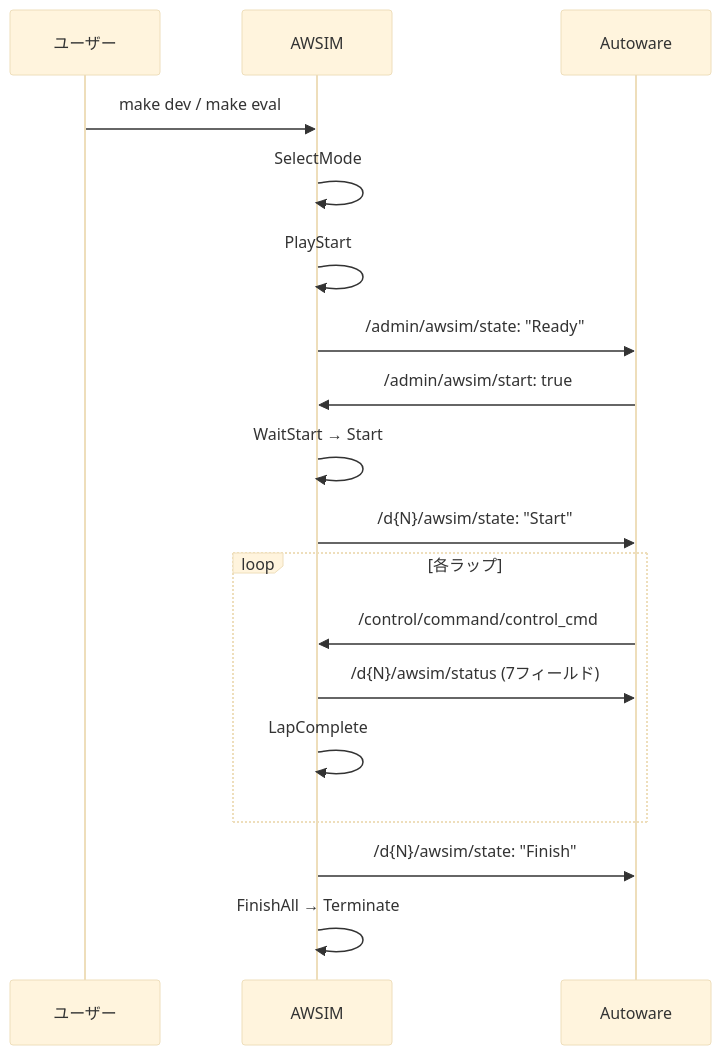
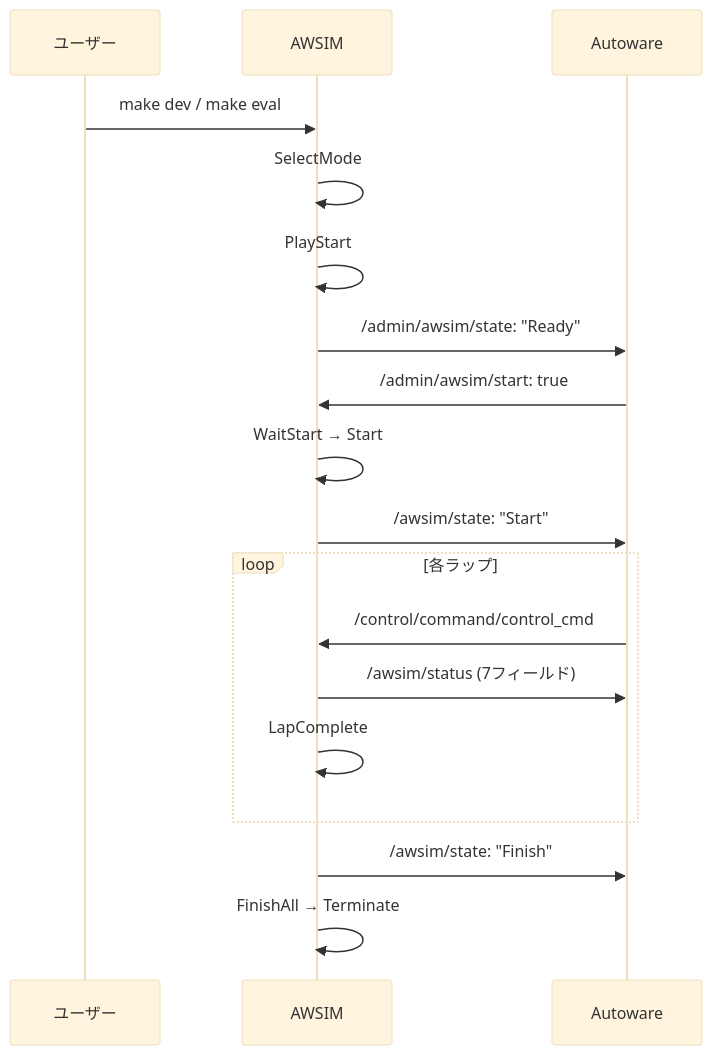
Before and after one commit to AutomotiveAIChallenge/aichallenge-documentation-racingkart: the diagram in docs/specifications/simulator.ja.md, drawn with Mermaid (base theme). The commit also changed other lines of this file and 3 other files, not shown here.

````diff
--- a/docs/specifications/simulator.ja.md
+++ b/docs/specifications/simulator.ja.md
@@ -297,23 +320,23 @@
 ```mermaid
 sequenceDiagram
     participant User as ユーザー
     participant AWSIM as AWSIM
     participant Autoware as Autoware
 
     User->>AWSIM: make dev / make eval
     AWSIM->>AWSIM: SelectMode
     AWSIM->>AWSIM: PlayStart
     AWSIM->>Autoware: /admin/awsim/state: "Ready"
     Autoware->>AWSIM: /admin/awsim/start: true
     AWSIM->>AWSIM: WaitStart → Start
-    AWSIM->>Autoware: /d{N}/awsim/state: "Start"
+    AWSIM->>Autoware: /awsim/state: "Start"
 
     loop 各ラップ
         Autoware->>AWSIM: /control/command/control_cmd
-        AWSIM->>Autoware: /d{N}/awsim/status (7フィールド)
+        AWSIM->>Autoware: /awsim/status (7フィールド)
         AWSIM->>AWSIM: LapComplete
     end
 
-    AWSIM->>Autoware: /d{N}/awsim/state: "Finish"
+    AWSIM->>Autoware: /awsim/state: "Finish"
     AWSIM->>AWSIM: FinishAll → Terminate
 ```
````
